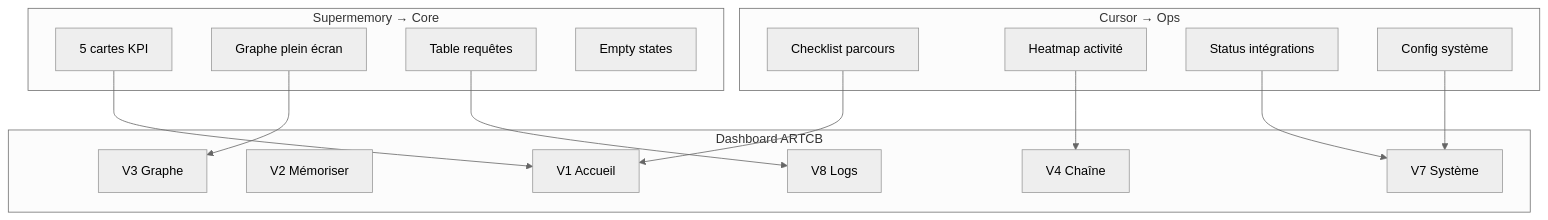
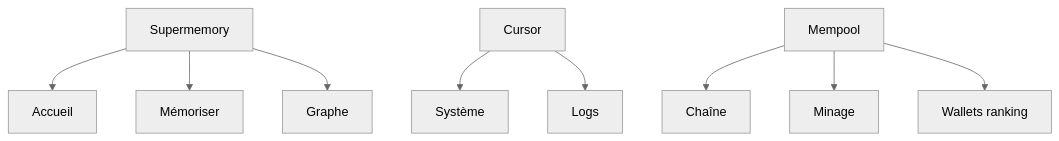
Before and after one commit to vgac2025/lvx: the diagram in rapports/044_analyse_captures_dashboard_plan_validation.md, drawn with Mermaid (neutral theme). The commit also changed other lines of this file and 1 other file, not shown here.

Commit message:
docs: CDC dashboard v1.3 — 65 captures, référence Mempool.space

````diff
--- a/rapports/044_analyse_captures_dashboard_plan_validation.md
+++ b/rapports/044_analyse_captures_dashboard_plan_validation.md
@@ -65,30 +44,6 @@
 ```mermaid
 flowchart TB
-    subgraph SM["Supermemory → Core"]
-        KPI[5 cartes KPI]
-        GRAPH[Graphe plein écran]
-        TABLE[Table requêtes]
-        EMPTY[Empty states]
-    end
-    subgraph CU["Cursor → Ops"]
-        CHECK[Checklist parcours]
-        HEAT[Heatmap activité]
-        STATUS[Status intégrations]
-        CONFIG[Config système]
-    end
-    subgraph ARTCB["Dashboard ARTCB"]
-        V1[V1 Accueil]
-        V2[V2 Mémoriser]
-        V3[V3 Graphe]
-        V4[V4 Chaîne]
-        V7[V7 Système]
-        V8[V8 Logs]
-    end
-    KPI --> V1
-    CHECK --> V1
-    GRAPH --> V3
-    TABLE --> V8
-    HEAT --> V4
-    STATUS --> V7
-    CONFIG --> V7
+    SM[Supermemory] --> V1[Accueil] & V2[Mémoriser] & V3[Graphe]
+    CU[Cursor] --> V7[Système] & V8[Logs]
+    MP[Mempool] --> V4[Chaîne] & V6[Minage] & V5[Wallets ranking]
 ```
````
